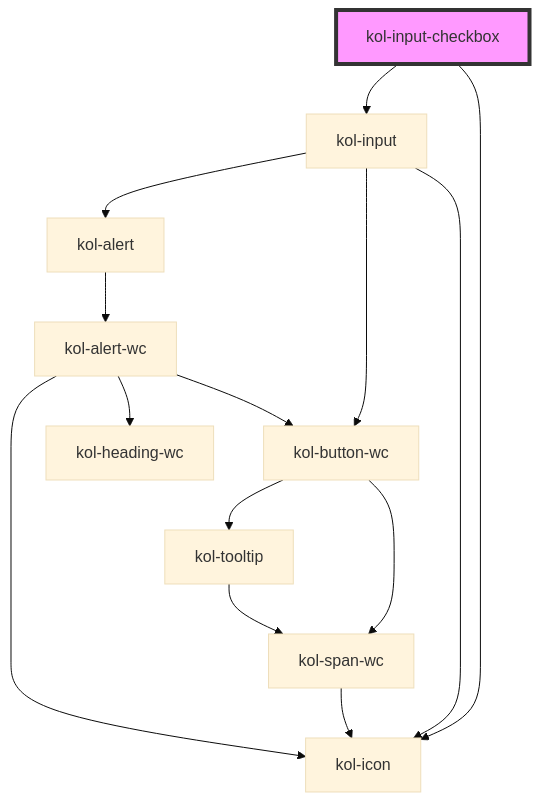
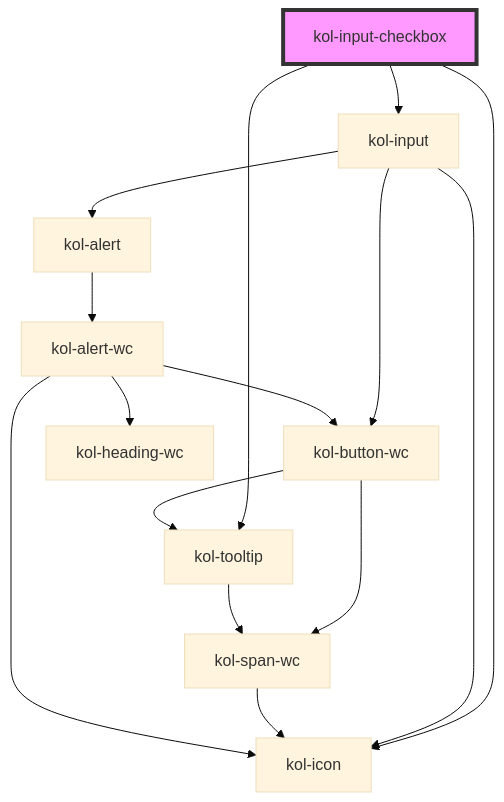
The diagram in packages/components/src/components/input-checkbox/readme.md (public-ui/kolibri), drawn with Mermaid (base theme) before and after one commit. The commit also changed other lines of this file and 96 other files, not shown here.

````diff
--- a/packages/components/src/components/input-checkbox/readme.md
+++ b/packages/components/src/components/input-checkbox/readme.md
@@ -98,17 +100,18 @@
 ```mermaid
 graph TD;
   kol-input-checkbox --> kol-input
   kol-input-checkbox --> kol-icon
+  kol-input-checkbox --> kol-tooltip
   kol-input --> kol-icon
   kol-input --> kol-button-wc
   kol-input --> kol-alert
   kol-button-wc --> kol-span-wc
   kol-button-wc --> kol-tooltip
   kol-span-wc --> kol-icon
   kol-tooltip --> kol-span-wc
   kol-alert --> kol-alert-wc
   kol-alert-wc --> kol-heading-wc
   kol-alert-wc --> kol-button-wc
   kol-alert-wc --> kol-icon
   style kol-input-checkbox fill:#f9f,stroke:#333,stroke-width:4px
 ```
````
